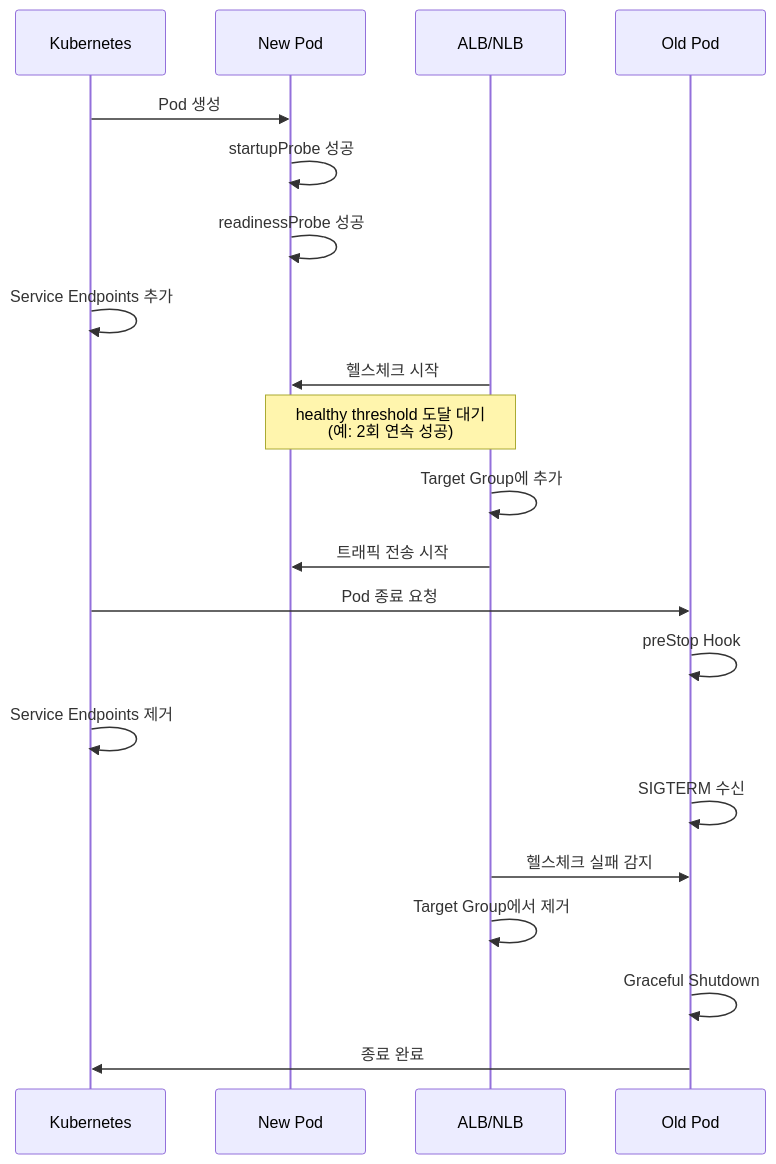
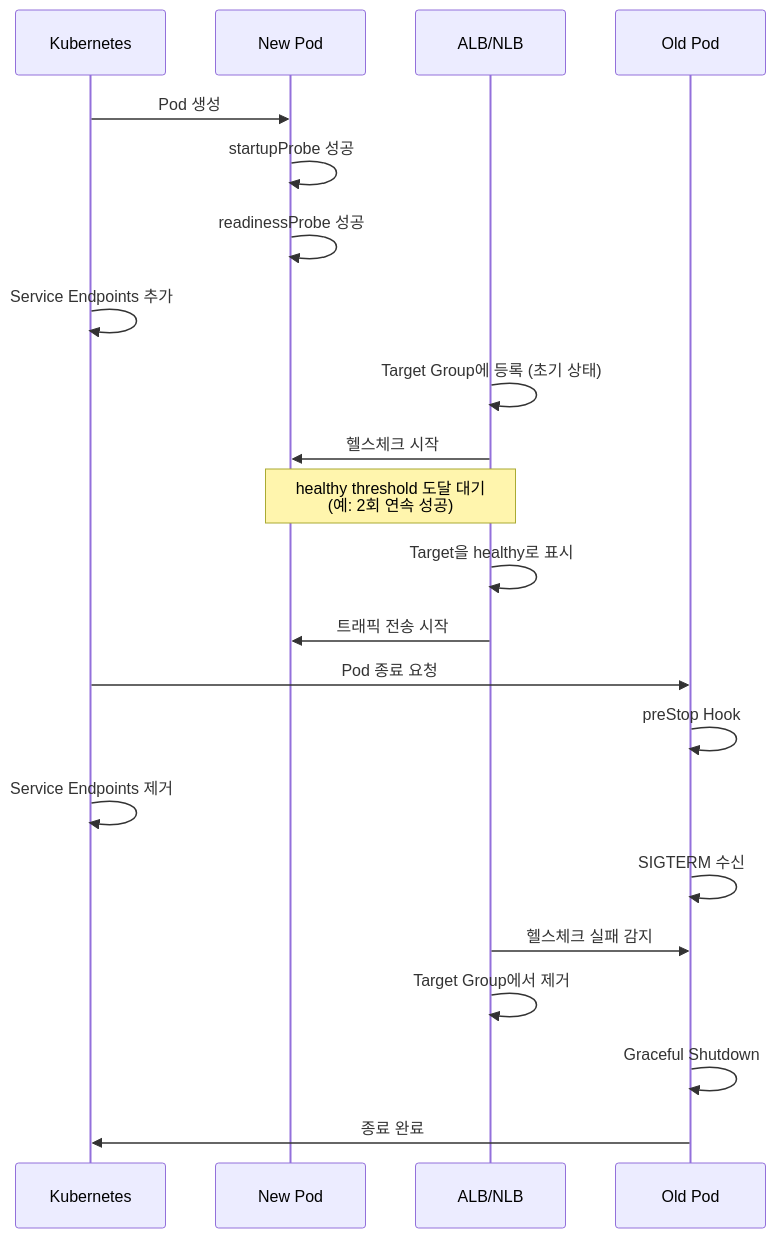
One commit to devfloor9/engineering-playbook changed the first of 2 diagrams in i18n/ko/docusaurus-plugin-content-docs/current/eks-best-practices/operations-reliability/pod-lifecycle/probe-load-balancers.md. Above: the diagram before and after it, drawn with Mermaid. The commit also changed other lines of this file and 5 other files, not shown here.

````diff
--- a/i18n/ko/docusaurus-plugin-content-docs/current/eks-best-practices/operations-reliability/pod-lifecycle/probe-load-balancers.md
+++ b/i18n/ko/docusaurus-plugin-content-docs/current/eks-best-practices/operations-reliability/pod-lifecycle/probe-load-balancers.md
@@ -43,25 +45,26 @@
 ```mermaid
 sequenceDiagram
     participant K8s as Kubernetes
     participant Pod as New Pod
     participant LB as ALB/NLB
     participant Old as Old Pod
 
     K8s->>Pod: Pod 생성
     Pod->>Pod: startupProbe 성공
     Pod->>Pod: readinessProbe 성공
     K8s->>K8s: Service Endpoints 추가
+    LB->>LB: Target Group에 등록 (초기 상태)
     LB->>Pod: 헬스체크 시작
     Note over LB,Pod: healthy threshold 도달 대기<br/>(예: 2회 연속 성공)
-    LB->>LB: Target Group에 추가
+    LB->>LB: Target을 healthy로 표시
     LB->>Pod: 트래픽 전송 시작
 
     K8s->>Old: Pod 종료 요청
     Old->>Old: preStop Hook
     K8s->>K8s: Service Endpoints 제거
     Old->>Old: SIGTERM 수신
     LB->>Old: 헬스체크 실패 감지
     LB->>LB: Target Group에서 제거
     Old->>Old: Graceful Shutdown
     Old->>K8s: 종료 완료
 ```
````
